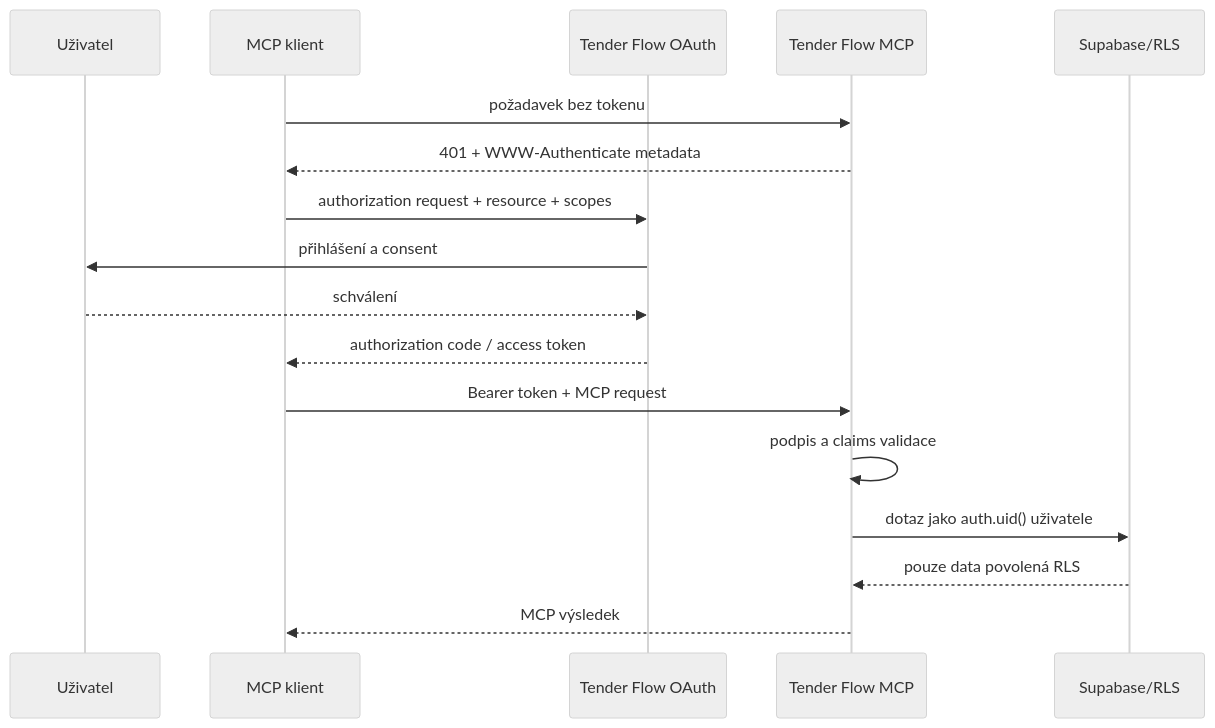
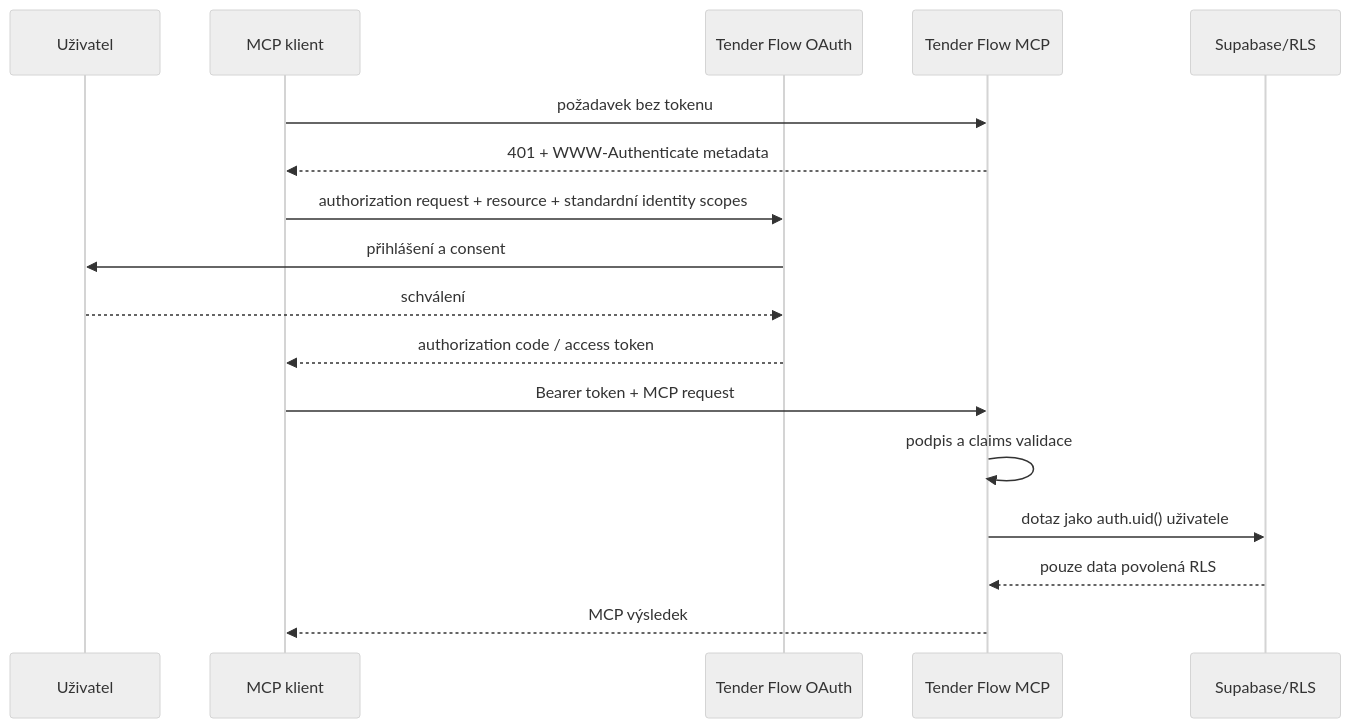
The diagram in docs/mcp/authentication.md (Martin82K/Tender-Flow), drawn with Mermaid (neutral theme) before and after one commit. The commit also changed other lines of this file and 27 other files, not shown here.

````diff
--- a/docs/mcp/authentication.md
+++ b/docs/mcp/authentication.md
@@ -13,19 +13,19 @@
 ```mermaid
 sequenceDiagram
   participant U as Uživatel
   participant C as MCP klient
   participant O as Tender Flow OAuth
   participant M as Tender Flow MCP
   participant D as Supabase/RLS
   C->>M: požadavek bez tokenu
   M-->>C: 401 + WWW-Authenticate metadata
-  C->>O: authorization request + resource + scopes
+  C->>O: authorization request + resource + standardní identity scopes
   O->>U: přihlášení a consent
   U-->>O: schválení
   O-->>C: authorization code / access token
   C->>M: Bearer token + MCP request
   M->>M: podpis a claims validace
   M->>D: dotaz jako auth.uid() uživatele
   D-->>M: pouze data povolená RLS
   M-->>C: MCP výsledek
 ```
````
